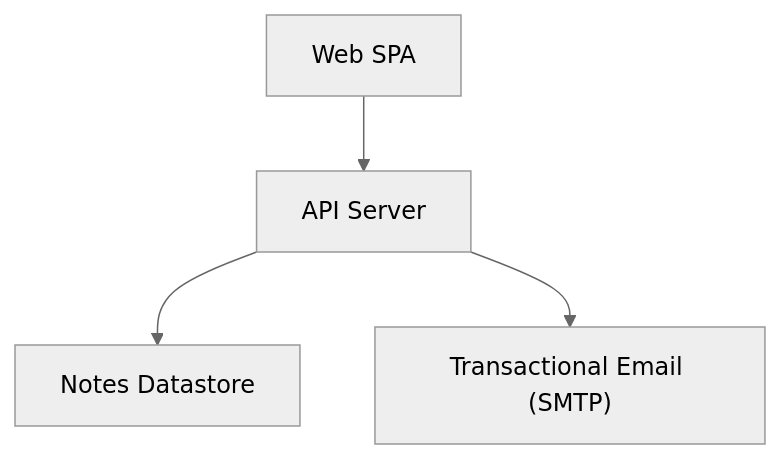
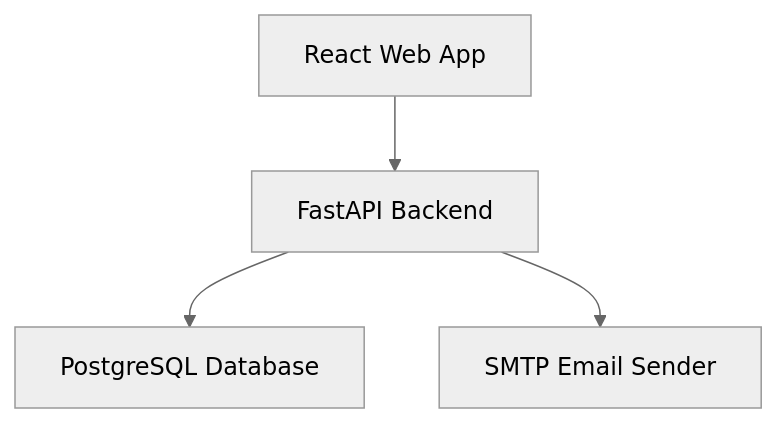
One commit to satya1802/1simple-note-pad changed the first of 5 diagrams in docs/sdlc/architecture/README.md. Above: the diagram before and after it, drawn with Mermaid (neutral theme). The commit also changed other lines of this file and 12 other files, not shown here.

````diff
--- a/docs/sdlc/architecture/README.md
+++ b/docs/sdlc/architecture/README.md
@@ -143,10 +154,10 @@
 ```mermaid
 graph TD
-  c_frontend["Web SPA"]
-  c_backend["API Server"]
-  c_database["Notes Datastore"]
-  c_email["Transactional Email (SMTP)"]
-  c_frontend --> c_backend
-  c_backend --> c_database
-  c_backend --> c_email
+  c_web["React Web App"]
+  c_api["FastAPI Backend"]
+  c_db["PostgreSQL Database"]
+  c_email["SMTP Email Sender"]
+  c_web --> c_api
+  c_api --> c_db
+  c_api --> c_email
 ```
````
